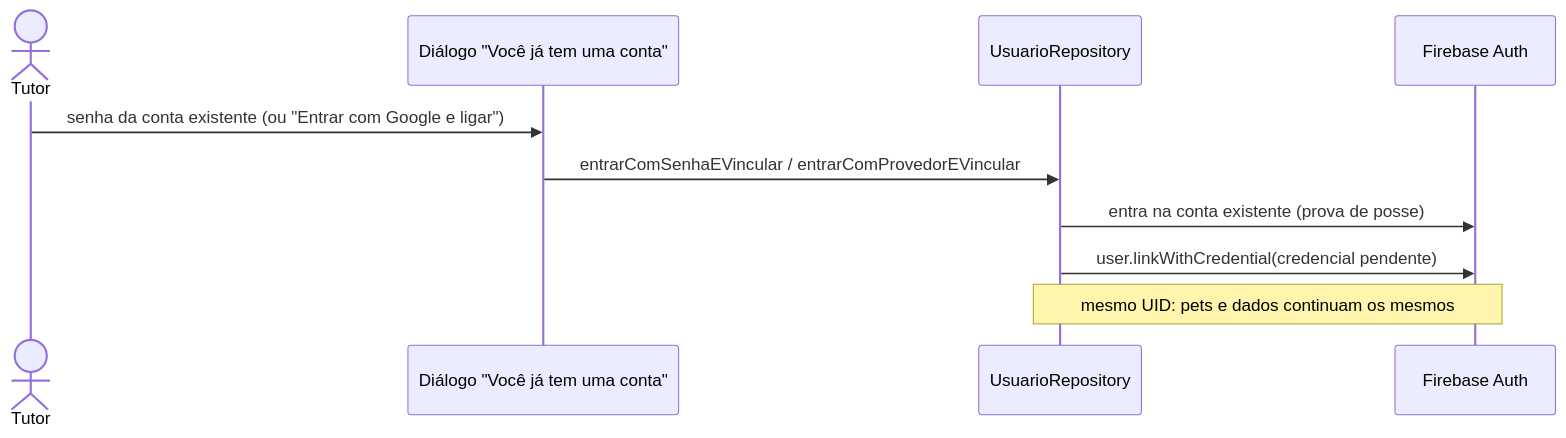
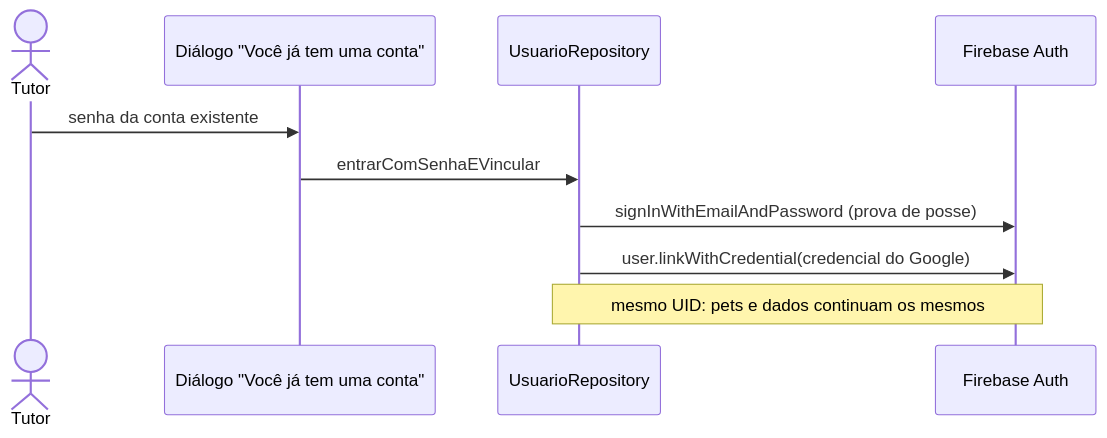
Before and after one commit to TecnoDreamer/PetConnect: the second of 2 diagrams in docs/features/login-social.md, drawn with Mermaid. The commit also changed other lines of this file and 14 other files, not shown here.

Commit message:
docs(auth): login só com Google; Facebook fora do escopo

````diff
--- a/docs/features/login-social.md
+++ b/docs/features/login-social.md
@@ -48,12 +58,12 @@
 ```mermaid
 sequenceDiagram
     actor Tutor
     participant UI as Diálogo "Você já tem uma conta"
     participant Repo as UsuarioRepository
     participant FA as Firebase Auth
-    Tutor->>UI: senha da conta existente (ou "Entrar com Google e ligar")
-    UI->>Repo: entrarComSenhaEVincular / entrarComProvedorEVincular
-    Repo->>FA: entra na conta existente (prova de posse)
-    Repo->>FA: user.linkWithCredential(credencial pendente)
+    Tutor->>UI: senha da conta existente
+    UI->>Repo: entrarComSenhaEVincular
+    Repo->>FA: signInWithEmailAndPassword (prova de posse)
+    Repo->>FA: user.linkWithCredential(credencial do Google)
     Note over Repo,FA: mesmo UID: pets e dados continuam os mesmos
 ```
````
